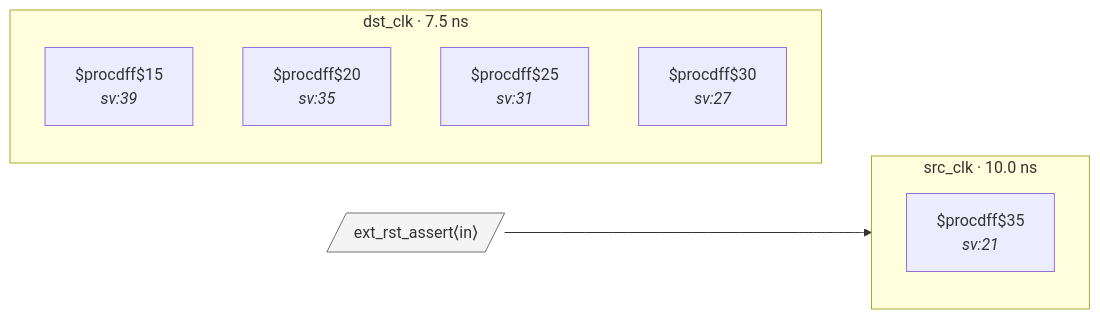
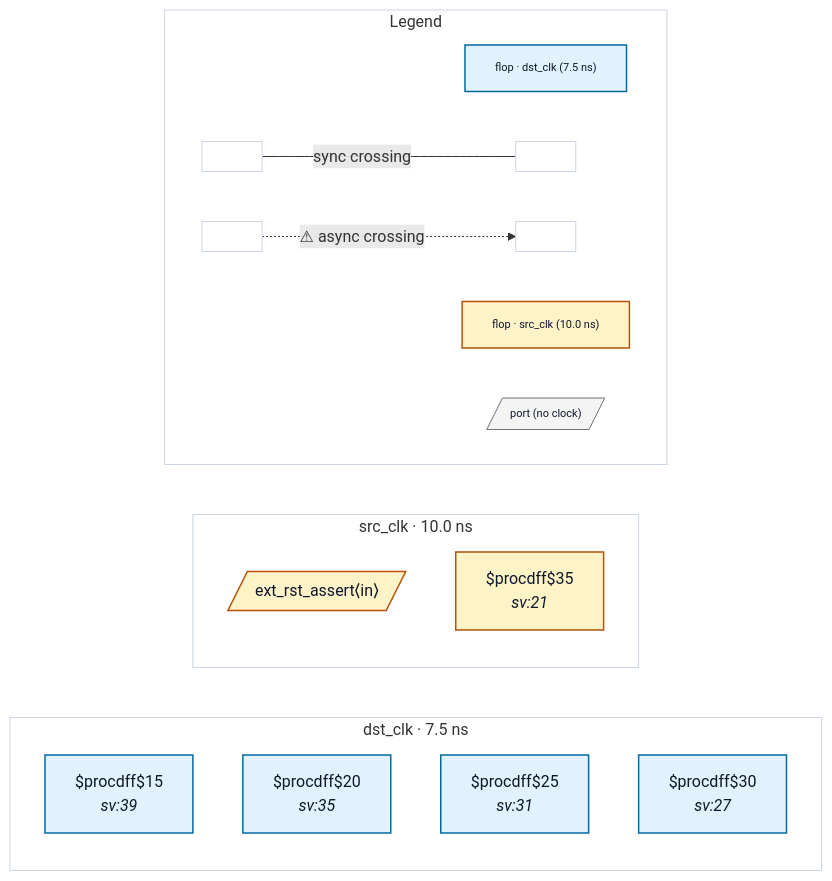
One commit to rtl-buddy/rtl-buddy-cdc changed the diagram in tests/fixtures/bad_reset_tree/README.md. Above: the diagram before and after it, drawn with Mermaid. The commit also changed 71 other files, not shown here.

First line of the commit message:
Refresh fixture READMEs + render iterations (colors, legend, nested ports, clock-net edges)

````diff
--- a/tests/fixtures/bad_reset_tree/README.md
+++ b/tests/fixtures/bad_reset_tree/README.md
@@ -14,18 +14,42 @@
 ```mermaid
 %% bad_reset_tree — generated by rtl-buddy-cdc render
 flowchart LR
   subgraph clk_dst_clk["dst_clk · 7.5 ns"]
     direction TB
-    f_1944b194["$procdff$15<br/><i>sv:39</i>"]
-    f_d3cc0b0f["$procdff$20<br/><i>sv:35</i>"]
-    f_ccb09b1a["$procdff$25<br/><i>sv:31</i>"]
-    f_0059eb88["$procdff$30<br/><i>sv:27</i>"]
+    f_1944b194["$procdff$15<br/><i>sv:39</i>"]:::ckcls_dst_clk
+    f_d3cc0b0f["$procdff$20<br/><i>sv:35</i>"]:::ckcls_dst_clk
+    f_ccb09b1a["$procdff$25<br/><i>sv:31</i>"]:::ckcls_dst_clk
+    f_0059eb88["$procdff$30<br/><i>sv:27</i>"]:::ckcls_dst_clk
   end
   subgraph clk_src_clk["src_clk · 10.0 ns"]
     direction TB
-    f_db334af8["$procdff$35<br/><i>sv:21</i>"]
+    p_in_ext_rst_assert[/"ext_rst_assert⟨in⟩"/]:::ckcls_src_clk
+    f_db334af8["$procdff$35<br/><i>sv:21</i>"]:::ckcls_src_clk
   end
-  p_in_ext_rst_assert[/"ext_rst_assert⟨in⟩"/]:::port
-  p_in_ext_rst_assert --> f_db334af8
-  classDef port fill:#f4f4f5,stroke:#71717a
+  subgraph rb_legend["Legend"]
+    direction LR
+    lg_clk_dst_clk["flop · dst_clk (7.5 ns)"]:::ckcls_dst_clk
+    lg_clk_src_clk["flop · src_clk (10.0 ns)"]:::ckcls_src_clk
+    lg_port[/"port (no clock)"/]:::port_unassigned
+    lg_sync_a[" "]:::ckcls_legend_neutral
+    lg_sync_b[" "]:::ckcls_legend_neutral
+    lg_async_a[" "]:::ckcls_legend_neutral
+    lg_async_b[" "]:::ckcls_legend_neutral
+    lg_sync_a --- |"sync crossing"| lg_sync_b
+    lg_async_a -. "⚠ async crossing" .-> lg_async_b
+  end
+  style clk_dst_clk fill:none,stroke:#cbd5e1
+  style clk_src_clk fill:none,stroke:#cbd5e1
+  style rb_legend fill:none,stroke:#cbd5e1
+  style lg_clk_dst_clk font-size:11px
+  style lg_clk_src_clk font-size:11px
+  style lg_port font-size:11px
+  style lg_sync_a font-size:11px
+  style lg_sync_b font-size:11px
+  style lg_async_a font-size:11px
+  style lg_async_b font-size:11px
+  classDef ckcls_dst_clk fill:#e0f2fe,stroke:#0369a1,stroke-width:1.5px,color:#0f172a
+  classDef ckcls_src_clk fill:#fef3c7,stroke:#b45309,stroke-width:1.5px,color:#0f172a
+  classDef port_unassigned fill:#f4f4f5,stroke:#71717a,color:#0f172a
+  classDef ckcls_legend_neutral fill:#ffffff,stroke:#cbd5e1,stroke-width:1px,color:#0f172a
 ```
````
